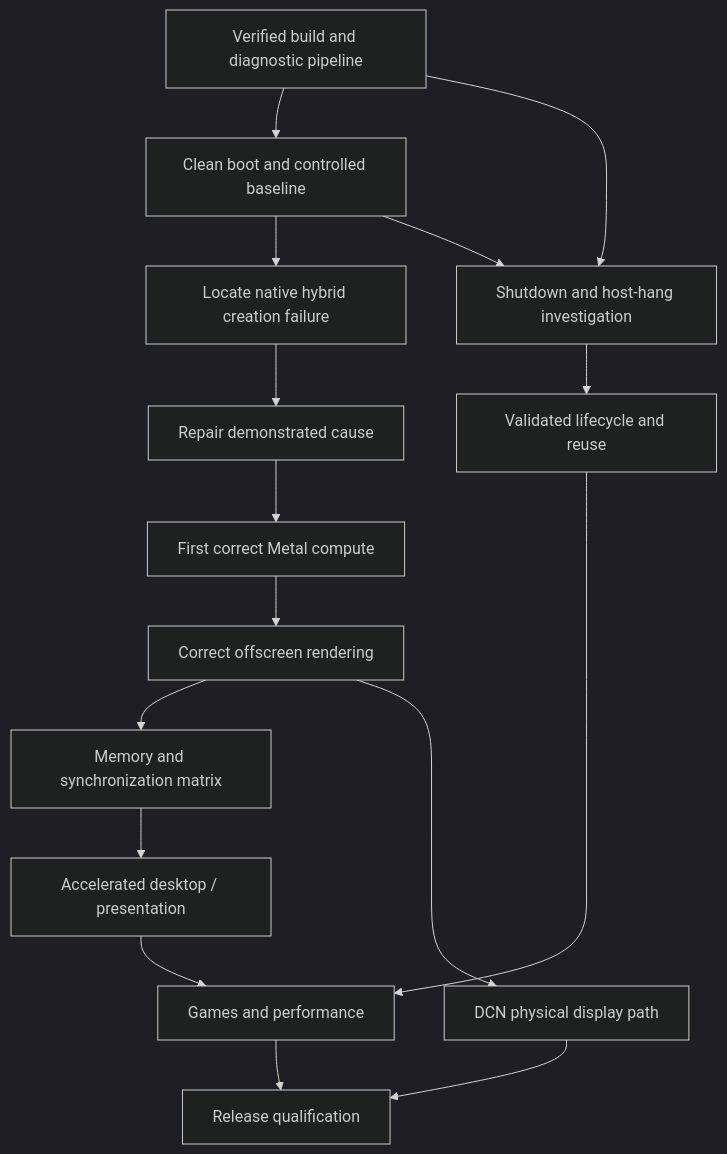
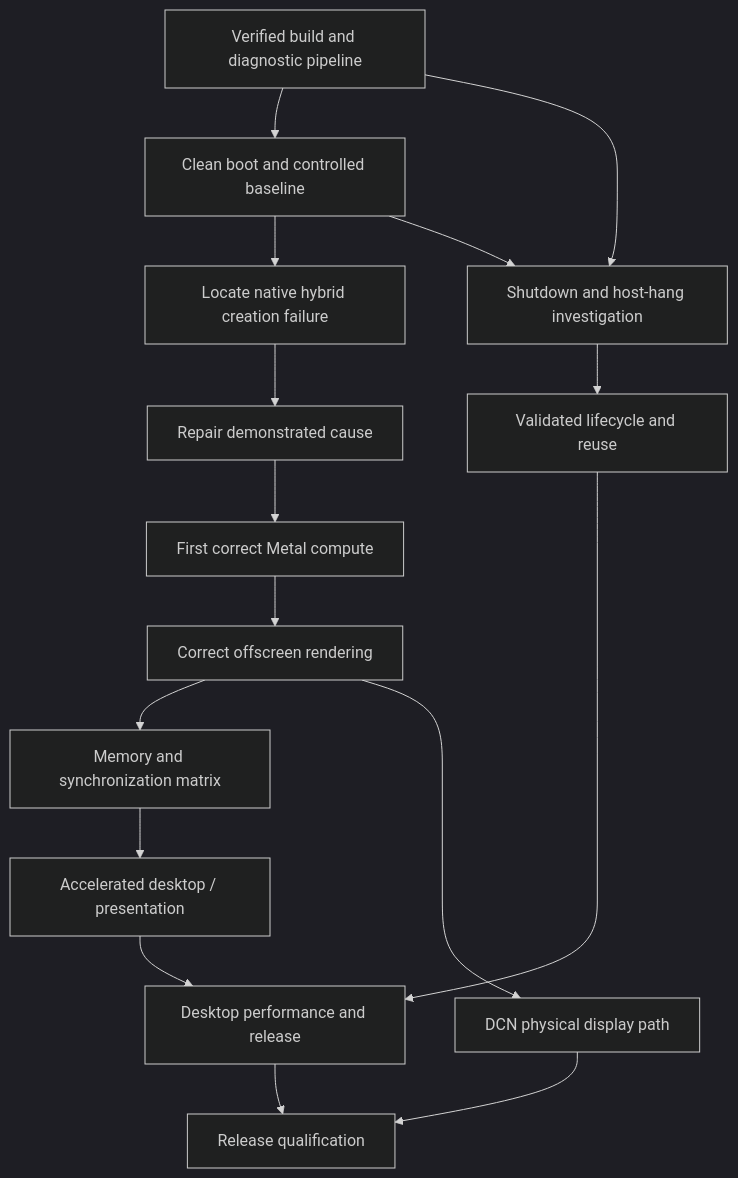
One commit to icex/macos-raphael-igpu changed the diagram in docs/ROADMAP.md. Above: the diagram before and after it, drawn with Mermaid (dark theme). The commit also changed other lines of this file and 17 other files, not shown here.

````diff
--- a/docs/ROADMAP.md
+++ b/docs/ROADMAP.md
@@ -98,18 +113,18 @@
 ```mermaid
 flowchart TD
     A[Verified build and diagnostic pipeline] --> B[Clean boot and controlled baseline]
     B --> C[Locate native hybrid creation failure]
     C --> D[Repair demonstrated cause]
     D --> E[First correct Metal compute]
     E --> F[Correct offscreen rendering]
     F --> G[Memory and synchronization matrix]
     G --> H[Accelerated desktop / presentation]
-    H --> I[Games and performance]
+    H --> I[Desktop performance and release]
     A --> L[Shutdown and host-hang investigation]
     B --> L
     L --> R[Validated lifecycle and reuse]
     R --> I
     F --> J[DCN physical display path]
     I --> K[Release qualification]
     J --> K
 ```
````
